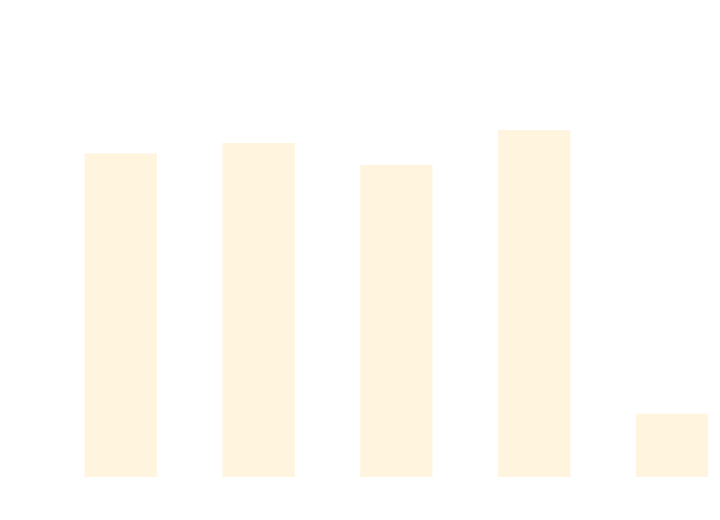
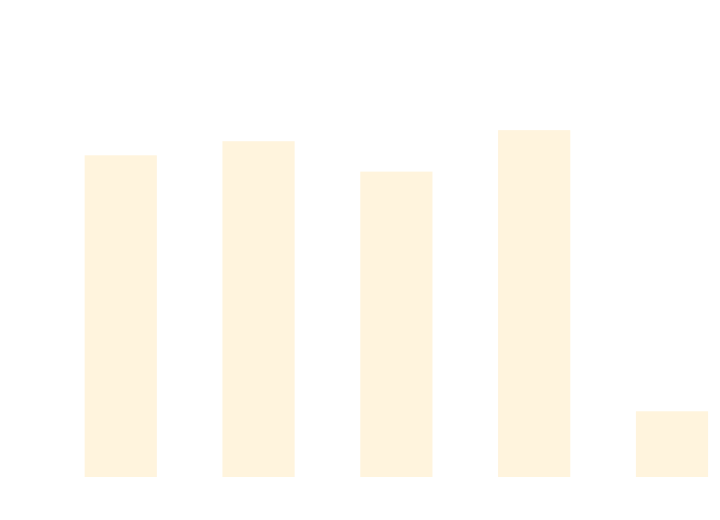
One commit to thomhurst/TUnit changed the diagram in docs/docs/benchmarks/AsyncTests.md. Above: the diagram before and after it, drawn with Mermaid. The commit also changed other lines of this file and 17 other files, not shown here.

````diff
--- a/docs/docs/benchmarks/AsyncTests.md
+++ b/docs/docs/benchmarks/AsyncTests.md
@@ -27,37 +27,37 @@
 ```mermaid
 %%{init: {
   'theme':'base',
   'themeVariables': {
     'primaryColor': '#2563eb',
     'primaryTextColor': '#ffffff',
     'primaryBorderColor': '#1e40af',
     'lineColor': '#6b7280',
     'secondaryColor': '#7c3aed',
     'tertiaryColor': '#dc2626',
     'background': '#ffffff',
     'mainBkg': '#2563eb',
     'secondBkg': '#7c3aed',
     'tertiaryBkg': '#dc2626',
     'clusterBkg': '#f3f4f6',
     'edgeLabelBackground': '#ffffff',
     'tertiaryTextColor': '#1f2937',
     'pie1': '#2563eb',
     'pie2': '#7c3aed',
     'pie3': '#dc2626',
     'pie4': '#f59e0b',
     'pie5': '#10b981',
     'pie6': '#06b6d4',
     'pie7': '#ec4899',
     'pie8': '#6366f1',
     'pie9': '#84cc16',
     'pie10': '#f97316',
     'pie11': '#14b8a6',
     'pie12': '#a855f7'
   }
 }}%%
 xychart-beta
   title "AsyncTests Performance Comparison"
   x-axis ["TUnit", "NUnit", "MSTest", "xUnit3", "TUnit_AOT"]
-  y-axis "Time (ms)" 0 --> 920
-  bar [713, 736.8, 687.2, 766.1, 124.7]
+  y-axis "Time (ms)" 0 --> 878
+  bar [676.7, 707.1, 641.5, 731, 124.5]
 ```
````
